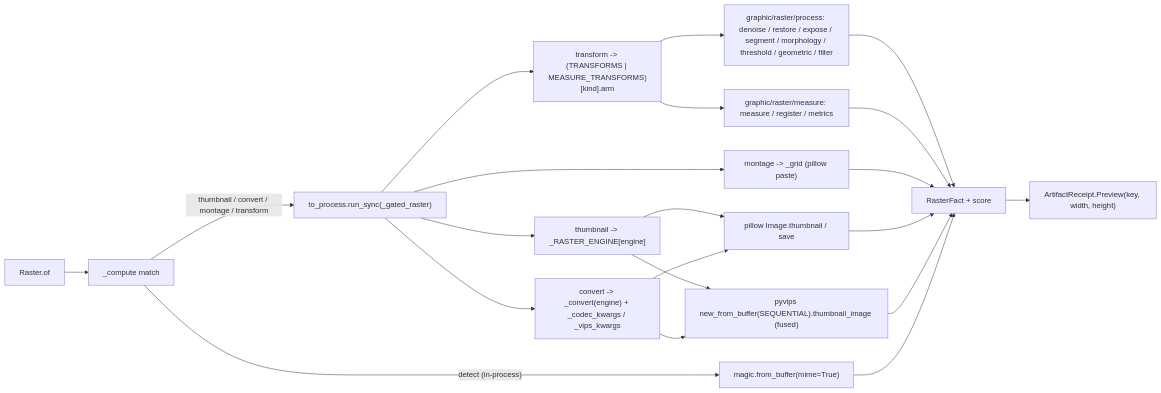
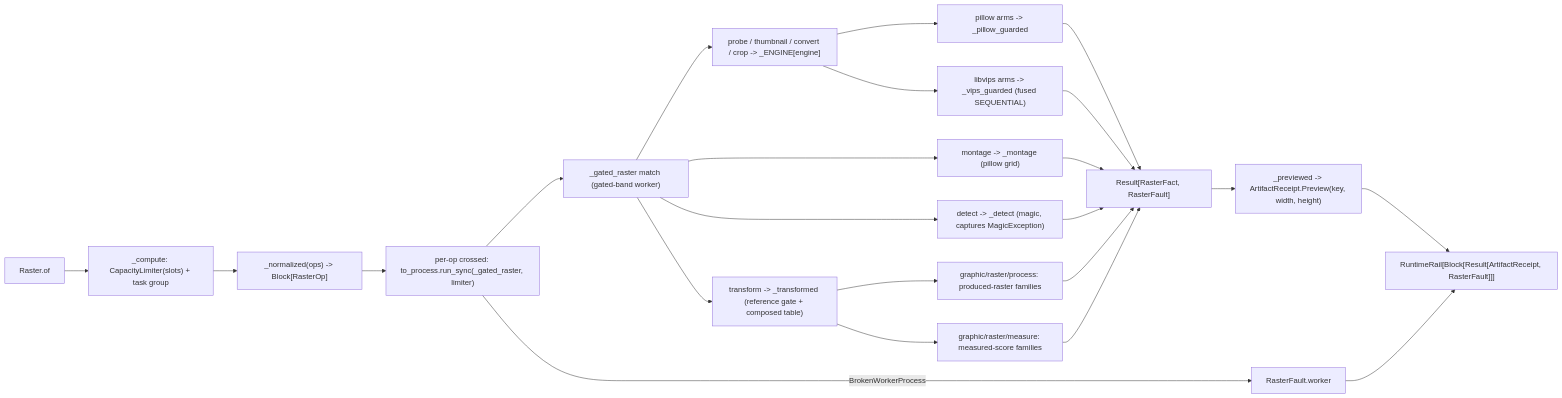
The diagram in libs/python/artifacts/.planning/graphic/raster/io.md (bsamiee/Rasm), drawn with Mermaid before and after one commit. The commit also changed other lines of this file and 219 other files, not shown here.

````diff
--- a/libs/python/artifacts/.planning/graphic/raster/io.md
+++ b/libs/python/artifacts/.planning/graphic/raster/io.md
@@ -279,23 +459,25 @@
 ```mermaid
 flowchart LR
-    Of["Raster.of"] --> Compute["_compute match"]
-    Compute -->|"detect (in-process)"| Mime["magic.from_buffer(mime=True)"]
-    Compute -->|"thumbnail / convert / montage / transform"| Worker["to_process.run_sync(_gated_raster)"]
-    Worker --> Thumb["thumbnail -> _RASTER_ENGINE[engine]"]
-    Worker --> Conv["convert -> _convert(engine) + _codec_kwargs / _vips_kwargs"]
-    Worker --> Mont["montage -> _grid (pillow paste)"]
-    Worker --> Tx["transform -> (TRANSFORMS | MEASURE_TRANSFORMS)[kind].arm"]
-    Thumb --> Pil["pillow Image.thumbnail / save"]
-    Thumb --> Vips["pyvips new_from_buffer(SEQUENTIAL).thumbnail_image (fused)"]
-    Conv --> Pil
-    Conv --> Vips
-    Tx --> Proc["graphic/raster/process: denoise / restore / expose / segment / morphology / threshold / geometric / filter"]
-    Tx --> Meas["graphic/raster/measure: measure / register / metrics"]
-    Proc --> Fact["RasterFact + score"]
+    Of["Raster.of"] --> Compute["_compute: CapacityLimiter(slots) + task group"]
+    Compute --> Norm["_normalized(ops) -> Block[RasterOp]"]
+    Norm --> Cross["per-op crossed: to_process.run_sync(_gated_raster, limiter)"]
+    Cross -->|"BrokenWorkerProcess"| Worker["RasterFault.worker"]
+    Cross --> Gated["_gated_raster match (gated-band worker)"]
+    Gated --> Det["detect -> _detect (magic, captures MagicException)"]
+    Gated --> Eng["probe / thumbnail / convert / crop -> _ENGINE[engine]"]
+    Gated --> Mont["montage -> _montage (pillow grid)"]
+    Gated --> Tx["transform -> _transformed (reference gate + composed table)"]
+    Eng --> Pil["pillow arms -> _pillow_guarded"]
+    Eng --> Vips["libvips arms -> _vips_guarded (fused SEQUENTIAL)"]
+    Tx --> Proc["graphic/raster/process: produced-raster families"]
+    Tx --> Meas["graphic/raster/measure: measured-score families"]
+    Pil --> Fact["Result[RasterFact, RasterFault]"]
+    Vips --> Fact
+    Mont --> Fact
+    Det --> Fact
+    Proc --> Fact
     Meas --> Fact
-    Mont --> Fact
-    Pil --> Fact
-    Vips --> Fact
-    Mime --> Fact
-    Fact --> Receipt["ArtifactReceipt.Preview(key, width, height)"]
+    Fact --> Preview["_previewed -> ArtifactReceipt.Preview(key, width, height)"]
+    Preview --> Rail["RuntimeRail[Block[Result[ArtifactReceipt, RasterFault]]]"]
+    Worker --> Rail
 ```
````
